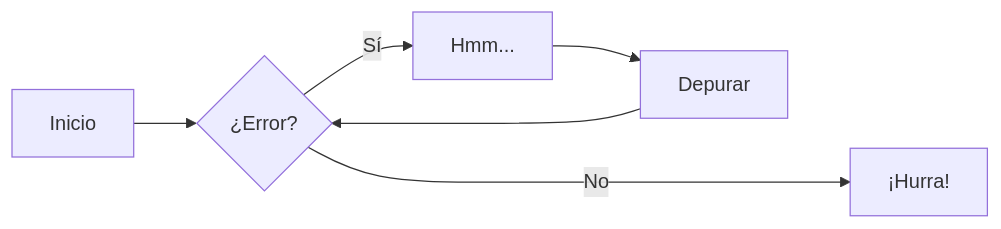
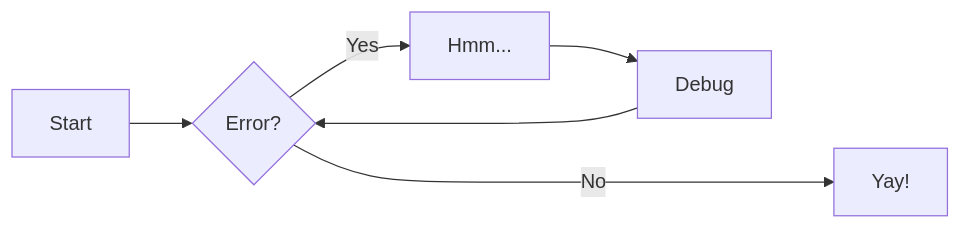
The third of 5 diagrams in draft/to-translate_ar/MkDocs测试实验室.md (linyuxuanlin/Wiki_MkDocs), drawn with Mermaid before and after one commit. The commit also changed other lines of this file and 312 other files, not shown here.

````diff
--- a/draft/to-translate_ar/MkDocs测试实验室.md
+++ b/draft/to-translate_ar/MkDocs测试实验室.md
@@ -24,8 +24,8 @@
 ```mermaid
 graph LR
-  A[Inicio] --> B{¿Error?};
-  B -->|Sí| C[Hmm...];
-  C --> D[Depurar];
+  A[Start] --> B{Error?};
+  B -->|Yes| C[Hmm...];
+  C --> D[Debug];
   D --> B;
-  B ---->|No| E[¡Hurra!];
+  B ---->|No| E[Yay!];
 ```
````
